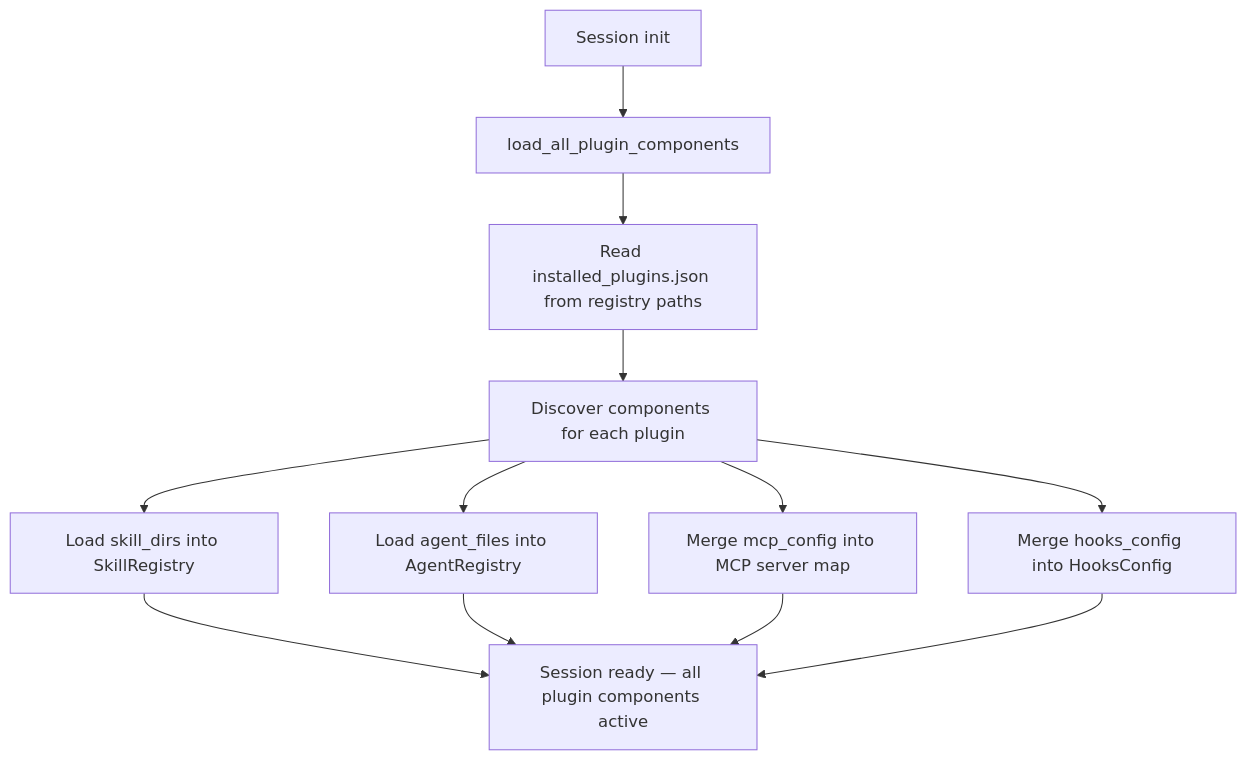
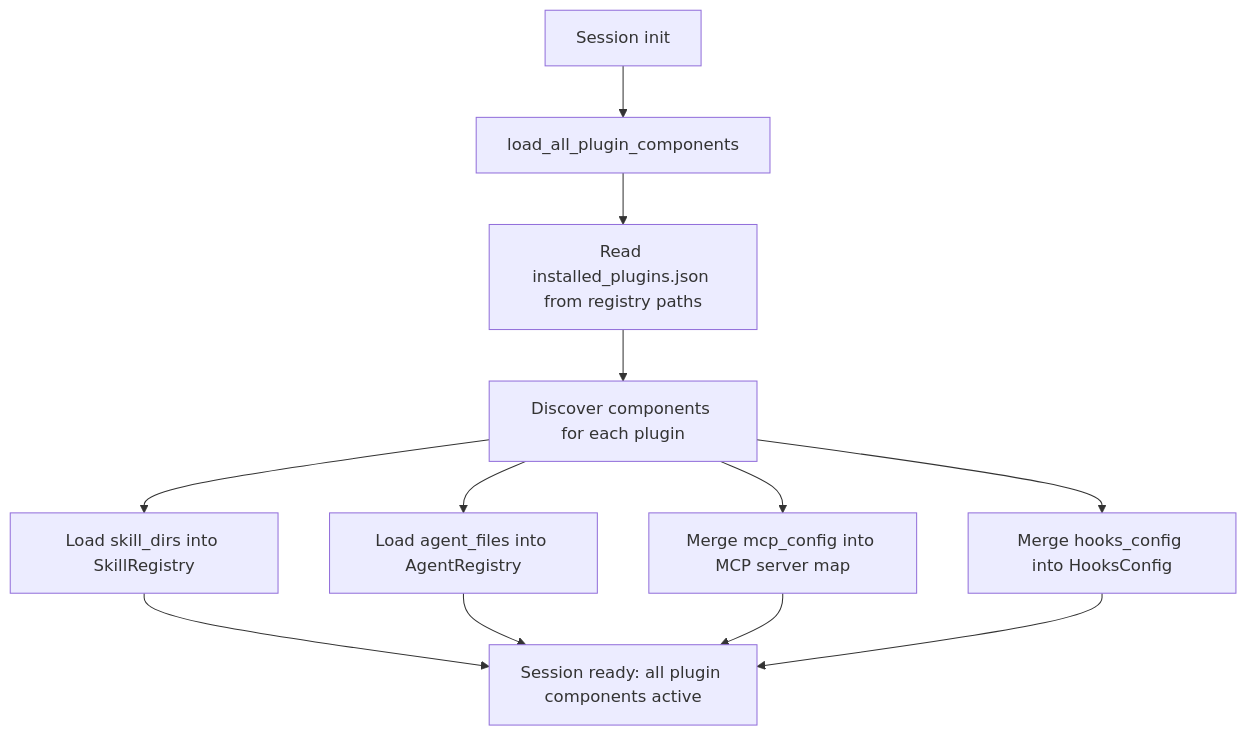
Before and after one commit to bearlike/Assistant: the fifth of 5 diagrams in latest/core-orchestration.md, drawn with Mermaid. The commit also changed other lines of this file and 117 other files, not shown here.

````diff
--- a/latest/core-orchestration.md
+++ b/latest/core-orchestration.md
@@ -411,11 +411,11 @@
 ```mermaid
 flowchart TD
     A[Session init] --> B[load_all_plugin_components]
     B --> C[Read installed_plugins.json from registry paths]
     C --> D[Discover components for each plugin]
     D --> E[Load skill_dirs into SkillRegistry]
     D --> F[Load agent_files into AgentRegistry]
     D --> G[Merge mcp_config into MCP server map]
     D --> H[Merge hooks_config into HooksConfig]
-    E & F & G & H --> I[Session ready — all plugin components active]
+    E & F & G & H --> I[Session ready: all plugin components active]
 ```
````
